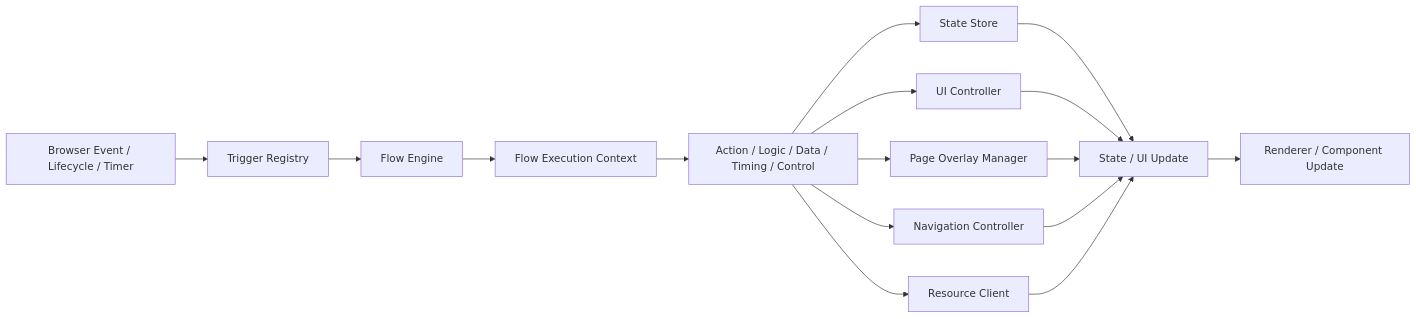
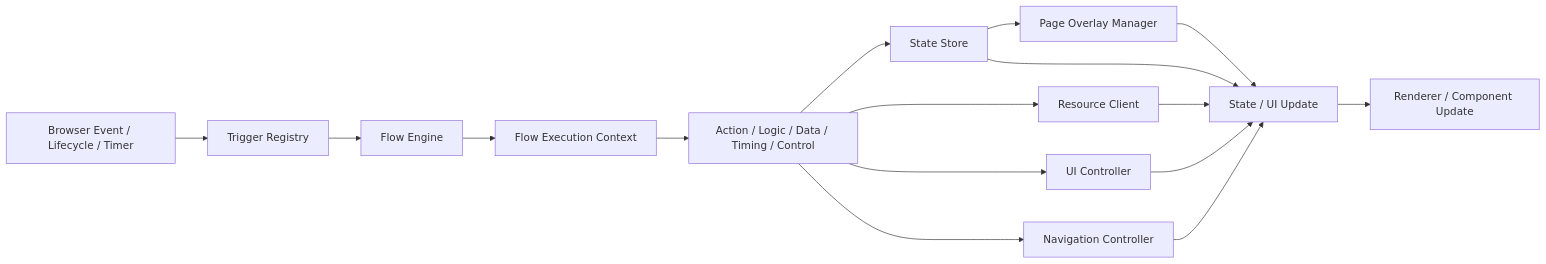
One commit to northwest-hcu/FlagShip changed the seventh of 8 diagrams in docs/architecture/02-core-principles.md. Above: the diagram before and after it, drawn with Mermaid. The commit also changed other lines of this file and 24 other files, not shown here.

````diff
--- a/docs/architecture/02-core-principles.md
+++ b/docs/architecture/02-core-principles.md
@@ -838,18 +837,18 @@
 ```mermaid
 flowchart LR
     Source["Browser Event / Lifecycle / Timer"] --> Trigger["Trigger Registry"]
     Trigger --> Engine["Flow Engine"]
     Engine --> Context["Flow Execution Context"]
     Context --> Dispatch["Action / Logic / Data / Timing / Control"]
     Dispatch --> State["State Store"]
     Dispatch --> Resource["Resource Client"]
     Dispatch --> UI["UI Controller"]
-    Dispatch --> Overlay["Page Overlay Manager"]
     Dispatch --> Navigation["Navigation Controller"]
+    State --> Overlay["Page Overlay Manager"]
     State --> Update["State / UI Update"]
     UI --> Update
     Overlay --> Update
     Navigation --> Update
     Resource --> Update
     Update --> Render["Renderer / Component Update"]
 ```
````
